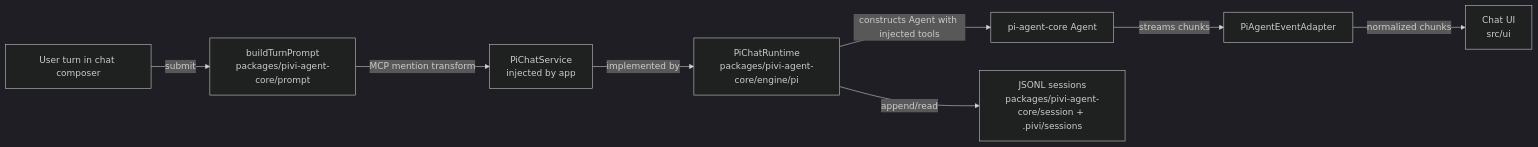
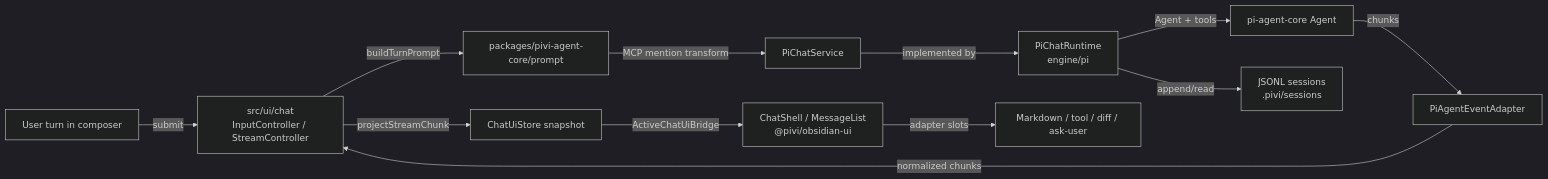
Before and after one commit to shuuul/obsidian-pivi: the second of 3 diagrams in AGENTS.md, drawn with Mermaid (dark theme). The commit also changed other lines of this file and 78 other files, not shown here.

First line of the commit message:
refactor(architecture): wire ChatPorts and clear post-React dead paths

````diff
--- a/AGENTS.md
+++ b/AGENTS.md
@@ -171,10 +176,14 @@
 ```mermaid
 flowchart LR
-  User["User turn in chat composer"] -- "submit" --> Turn["buildTurnPrompt<br/>packages/pivi-agent-core/prompt"]
-  Turn -- "MCP mention transform" --> Service["PiChatService<br/>injected by app"]
-  Service -- "implemented by" --> Runtime["PiChatRuntime<br/>packages/pivi-agent-core/engine/pi"]
-  Runtime -- "constructs Agent with injected tools" --> Agent["pi-agent-core Agent"]
-  Agent -- "streams chunks" --> Adapter["PiAgentEventAdapter"]
-  Adapter -- "normalized chunks" --> UI["Chat UI<br/>src/ui"]
-  Runtime -- "append/read" --> Session["JSONL sessions<br/>packages/pivi-agent-core/session + .pivi/sessions"]
+  User["User turn in composer"] -- "submit" --> ChatRt["src/ui/chat<br/>InputController / StreamController"]
+  ChatRt -- "buildTurnPrompt" --> Turn["packages/pivi-agent-core/prompt"]
+  Turn -- "MCP mention transform" --> Service["PiChatService"]
+  Service -- "implemented by" --> Runtime["PiChatRuntime<br/>engine/pi"]
+  Runtime -- "Agent + tools" --> Agent["pi-agent-core Agent"]
+  Agent -- "chunks" --> EventAd["PiAgentEventAdapter"]
+  EventAd -- "normalized chunks" --> ChatRt
+  ChatRt -- "projectStreamChunk" --> Store["ChatUiStore snapshot"]
+  Store -- "ActiveChatUiBridge" --> Shell["ChatShell / MessageList<br/>@pivi/obsidian-ui"]
+  Shell -- "adapter slots" --> Adapters["Markdown / tool / diff / ask-user"]
+  Runtime -- "append/read" --> Session["JSONL sessions<br/>.pivi/sessions"]
 ```
````
